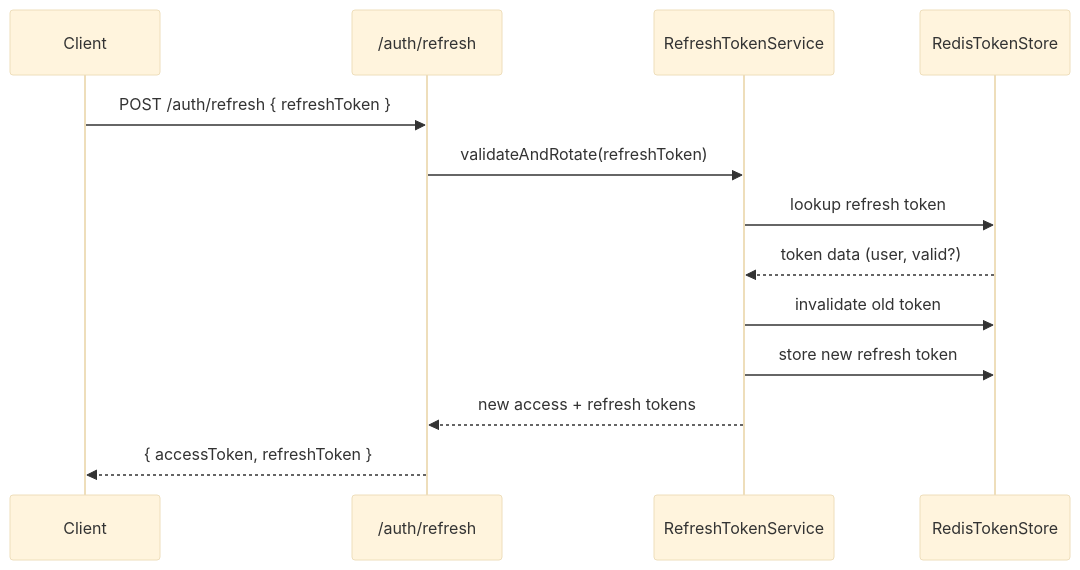
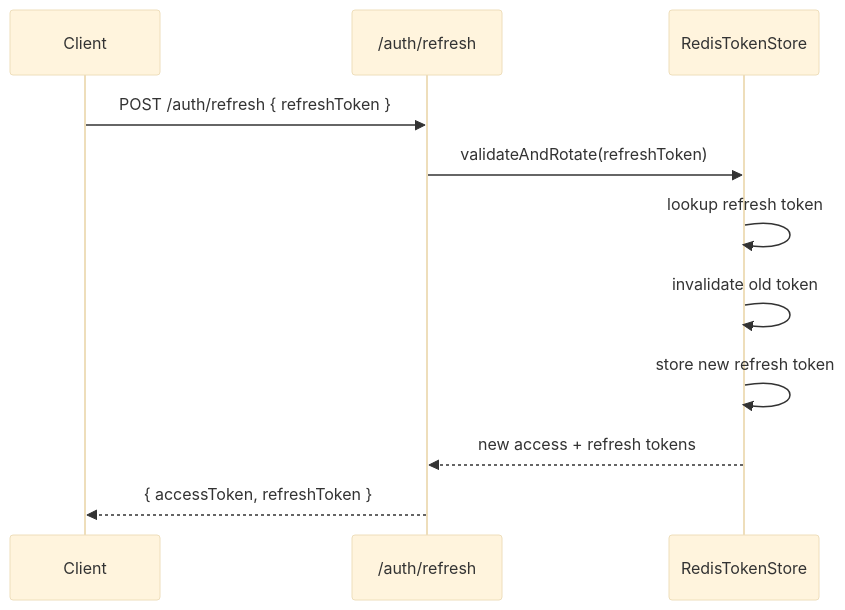
Before and after one commit to timan-z/SpringQueuePro: the sixth of 6 diagrams in README.md, drawn with Mermaid (base theme). The commit also changed other lines of this file and 1 other file, not shown here.

````diff
--- a/README.md
+++ b/README.md
@@ -1163,16 +1173,14 @@
 ```mermaid
 sequenceDiagram
     participant UI as Client
     participant Auth as /auth/refresh
-    participant RTS as RefreshTokenService
     participant Redis as RedisTokenStore
 
     UI->>Auth: POST /auth/refresh { refreshToken }
-    Auth->>RTS: validateAndRotate(refreshToken)
-    RTS->>Redis: lookup refresh token
-    Redis-->>RTS: token data (user, valid?)
-    RTS->>Redis: invalidate old token
-    RTS->>Redis: store new refresh token
-    RTS-->>Auth: new access + refresh tokens
+    Auth->>Redis: validateAndRotate(refreshToken)
+    Redis->>Redis: lookup refresh token
+    Redis->>Redis: invalidate old token
+    Redis->>Redis: store new refresh token
+    Redis-->>Auth: new access + refresh tokens
     Auth-->>UI: { accessToken, refreshToken }
 ```
````
